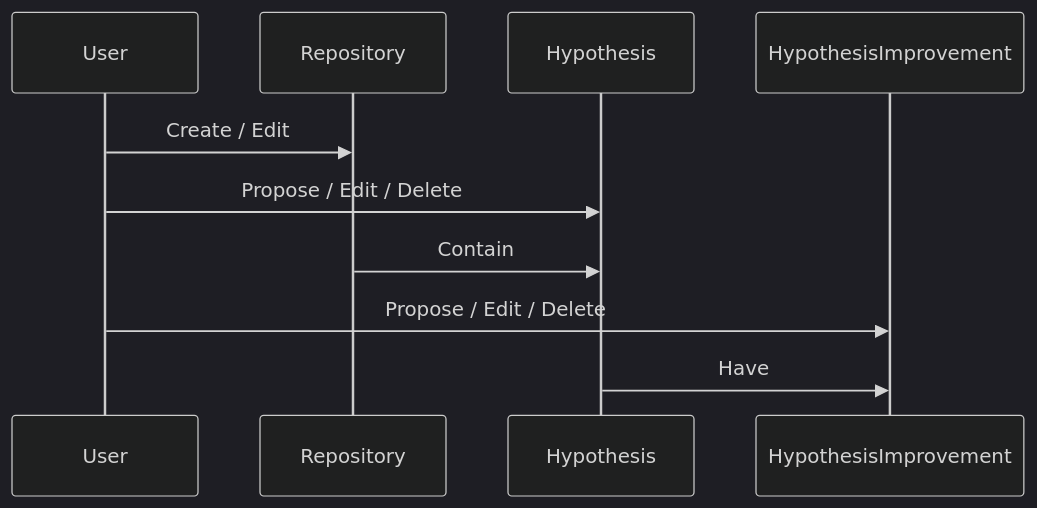
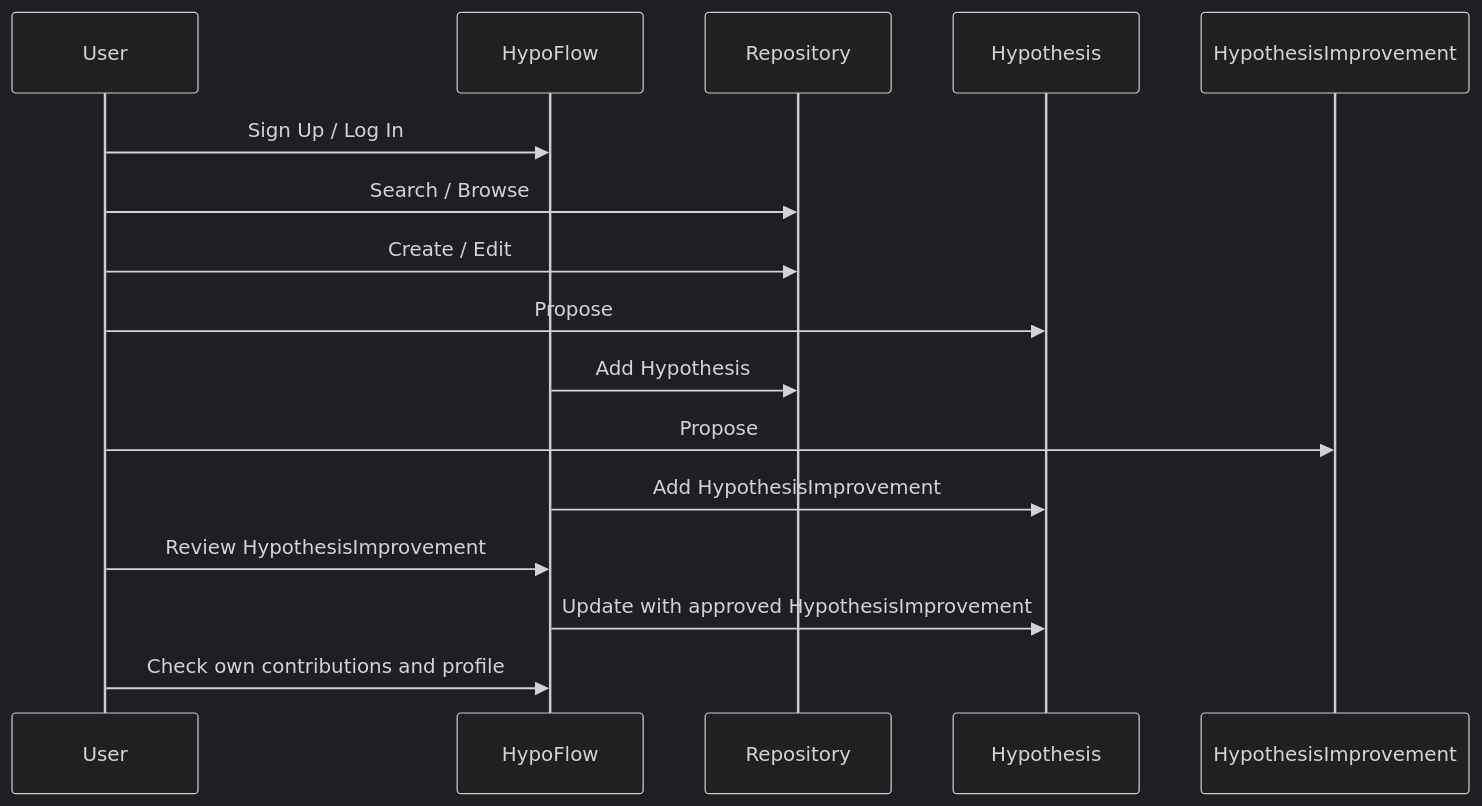
One commit to Escher-js/giant_dev_ai changed the second of 2 diagrams in README.md. Above: the diagram before and after it, drawn with Mermaid (dark theme).

````diff
--- a/README.md
+++ b/README.md
@@ -44,14 +44,21 @@
 ```mermaid
 sequenceDiagram
     participant User
+    participant HypoFlow
     participant Repository
     participant Hypothesis
     participant HypothesisImprovement
 
+    User->>HypoFlow: Sign Up / Log In
+    User->>Repository: Search / Browse
     User->>Repository: Create / Edit
-    User->>Hypothesis: Propose / Edit / Delete
-    Repository->>Hypothesis: Contain
-    User->>HypothesisImprovement: Propose / Edit / Delete
-    Hypothesis->>HypothesisImprovement: Have
+    User->>Hypothesis: Propose
+    HypoFlow->>Repository: Add Hypothesis
+    User->>HypothesisImprovement: Propose
+    HypoFlow->>Hypothesis: Add HypothesisImprovement
+    User->>HypoFlow: Review HypothesisImprovement
+    HypoFlow->>Hypothesis: Update with approved HypothesisImprovement
+    User->>HypoFlow: Check own contributions and profile
+
 
 ```
````
